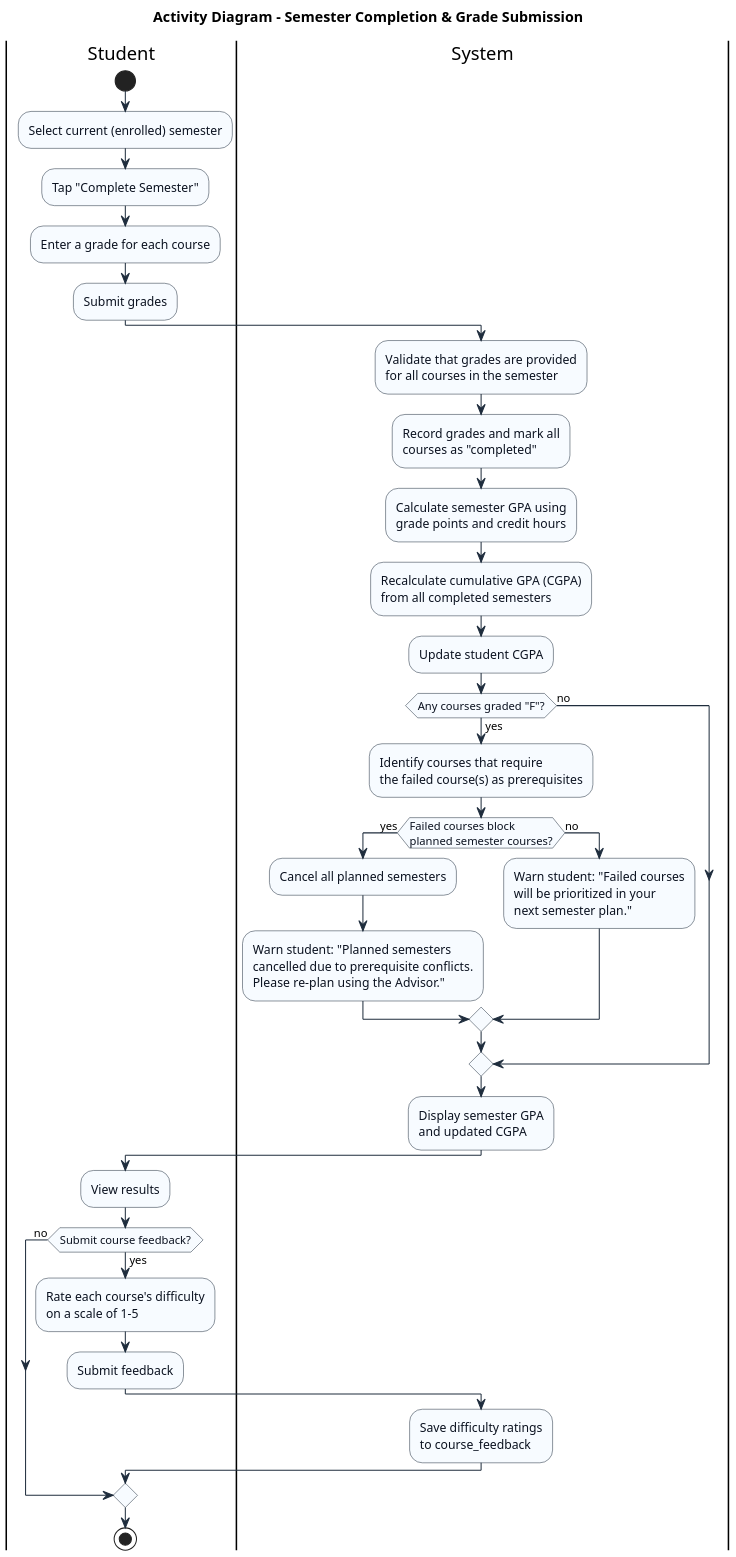
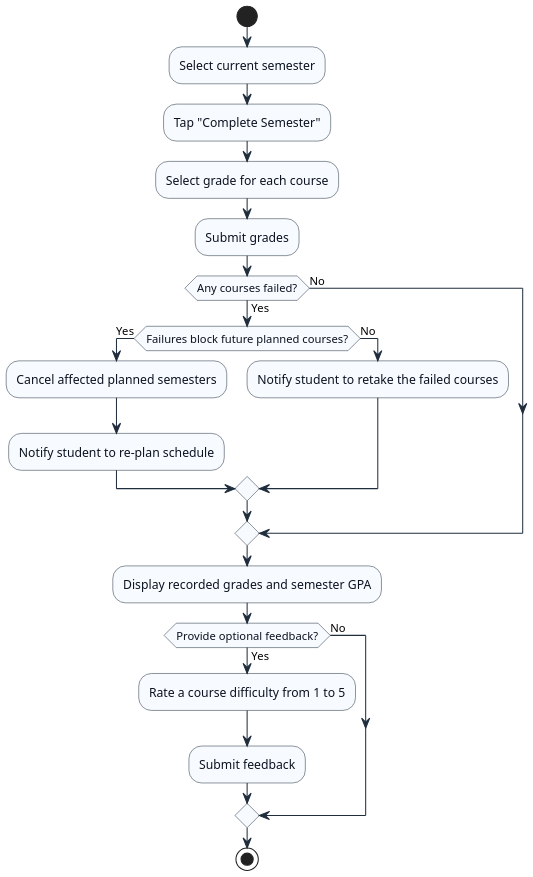
Before and after one commit to idrisaltamimi/smart-advisor: the fourth of 4 diagrams in docs/activity-diagrams.md, drawn with PlantUML. The commit also changed other lines of this file, not shown here.

Commit message:
added activity diagrams

````diff
--- a/docs/activity-diagrams.md
+++ b/docs/activity-diagrams.md
@@ -272,82 +140,39 @@
 ```plantuml
 @startuml
 skinparam shadowing false
 skinparam dpi 160
 skinparam ActivityBackgroundColor #F7FBFF
 skinparam ActivityBorderColor #1F2D3D
 skinparam ActivityFontColor #0B1220
 skinparam ArrowColor #1F2D3D
 skinparam ActivityDiamondBackgroundColor #F7FBFF
 skinparam ActivityDiamondBorderColor #1F2D3D
 
-title Activity Diagram – Semester Completion & Grade Submission
-
-|Student|
 start
-
-:Select current (enrolled) semester;
-
+:Select current semester;
 :Tap "Complete Semester";
-
-:Enter a grade for each course;
-
+:Select grade for each course;
 :Submit grades;
 
-|System|
-:Validate that grades are provided
-for all courses in the semester;
-
-:Record grades and mark all
-courses as "completed";
-
-:Calculate semester GPA using
-grade points and credit hours;
-
-:Recalculate cumulative GPA (CGPA)
-from all completed semesters;
-
-:Update student CGPA;
-
-if (Any courses graded "F"?) then (yes)
-
-  :Identify courses that require
-  the failed course(s) as prerequisites;
-
-  if (Failed courses block\nplanned semester courses?) then (yes)
-    :Cancel all planned semesters;
-    :Warn student: "Planned semesters
-    cancelled due to prerequisite conflicts.
-    Please re-plan using the Advisor.";
-  else (no)
-    :Warn student: "Failed courses
-    will be prioritized in your
-    next semester plan.";
+if (Any courses failed?) then (Yes)
+  if (Failures block future planned courses?) then (Yes)
+    :Cancel affected planned semesters;
+    :Notify student to re-plan schedule;
+  else (No)
+    :Notify student to retake the failed courses;
   endif
-
-else (no)
+else (No)
 endif
 
-:Display semester GPA
-and updated CGPA;
+:Display recorded grades and semester GPA;
 
-|Student|
-:View results;
-
-if (Submit course feedback?) then (yes)
-  :Rate each course's difficulty
-  on a scale of 1-5;
-
+if (Provide optional feedback?) then (Yes)
+  :Rate a course difficulty from 1 to 5;
   :Submit feedback;
-
-  |System|
-  :Save difficulty ratings
-  to course_feedback;
-
-  |Student|
-else (no)
+else (No)
 endif
 
 stop
 
 @enduml
 ```
````
